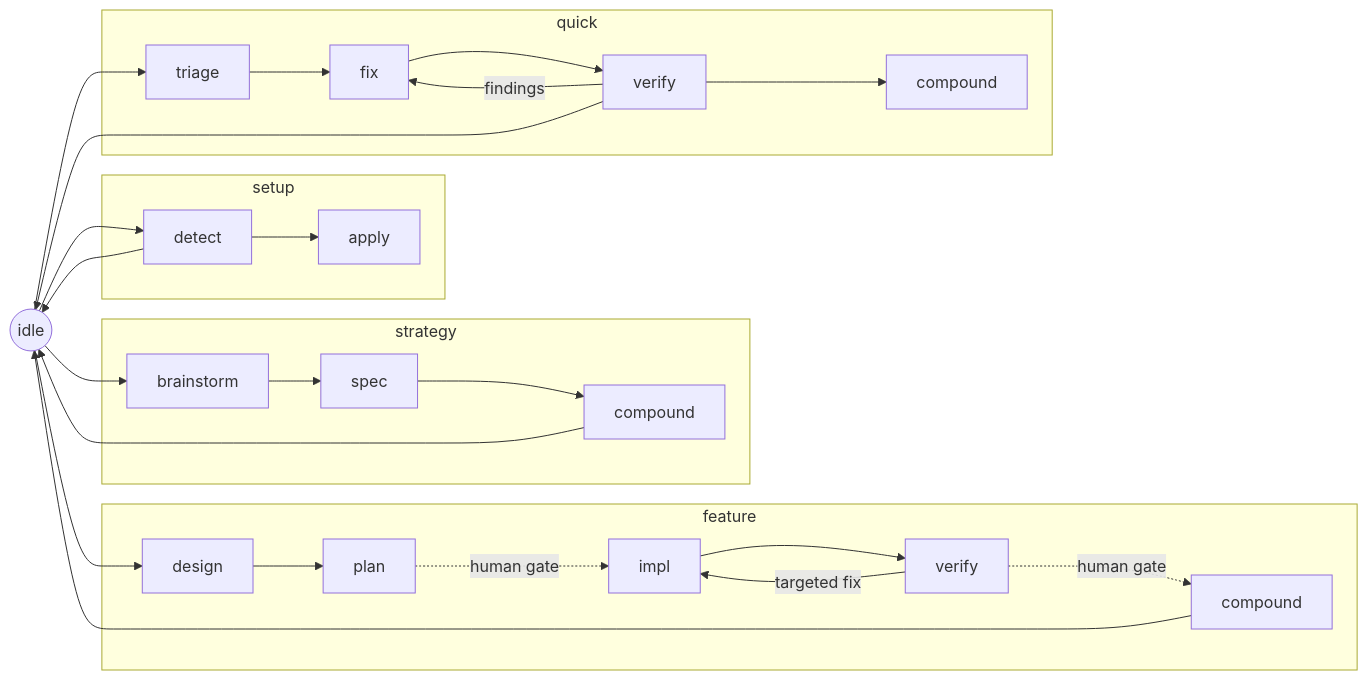
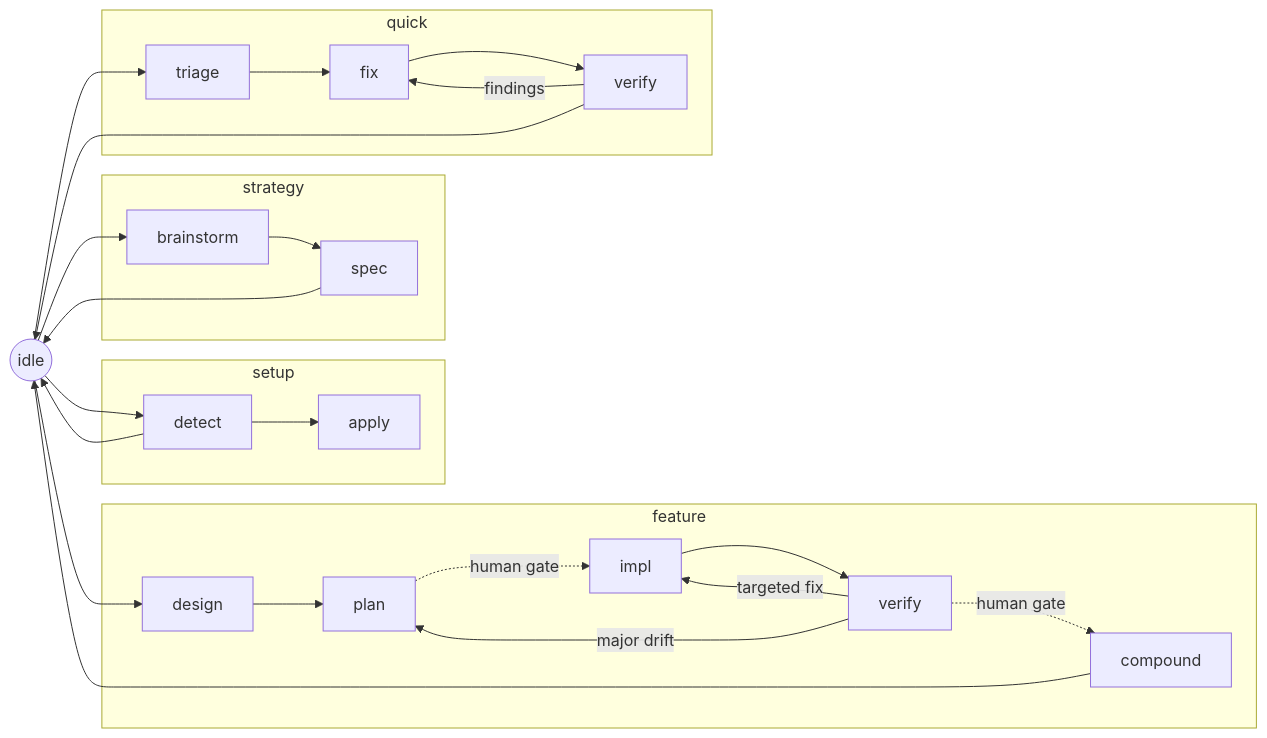
The diagram in flow/README.md (LennardZuendorf/vibe), drawn with Mermaid before and after one commit. The commit also changed other lines of this file and 76 other files, not shown here.

````diff
--- a/flow/README.md
+++ b/flow/README.md
@@ -59,26 +60,27 @@
 ```mermaid
 flowchart LR
     I((idle))
     subgraph setup
         SD[detect] --> SA[apply]
     end
     subgraph strategy
-        SB[brainstorm] --> SS[spec] --> SC[compound]
+        SB[brainstorm] --> SS[spec]
     end
     subgraph feature
         D[design] --> P[plan] -. human gate .-> IM[impl] --> V[verify]
         V -. human gate .-> C[compound]
         V -->|targeted fix| IM
+        V -->|major drift| P
     end
     subgraph quick
-        T[triage] --> F[fix] --> QV[verify] --> QC[compound]
+        T[triage] --> F[fix] --> QV[verify]
         QV -->|findings| F
     end
     I --> SD --> I
     I --> SB
     I --> D
     I --> T
-    SC --> I
+    SS --> I
     C --> I
     QV --> I
 ```
````
